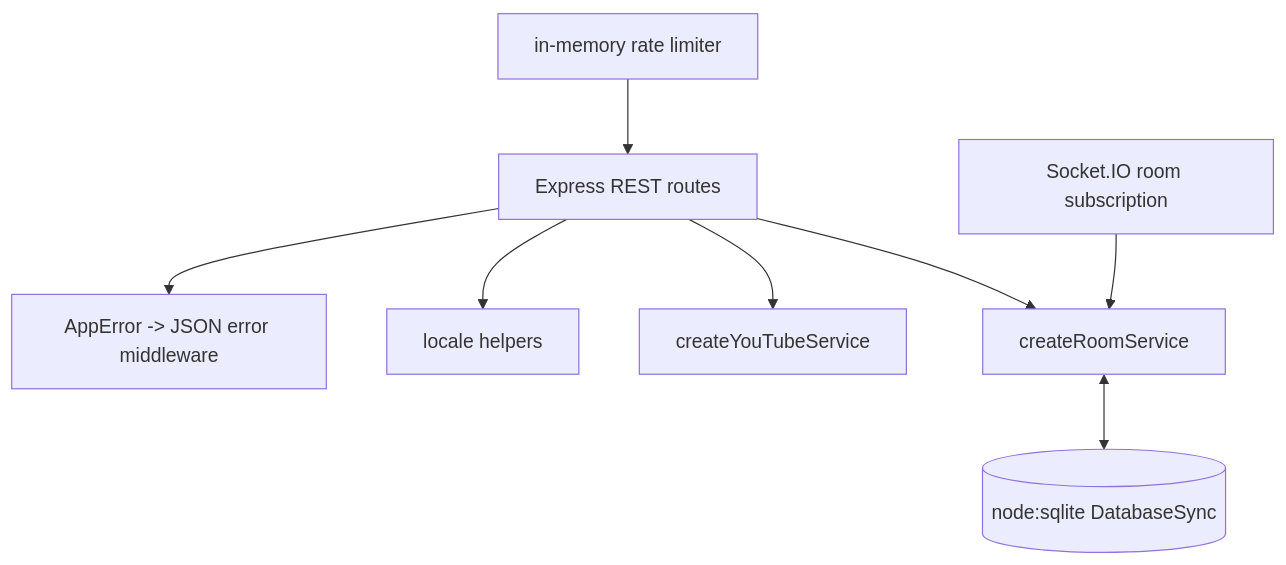
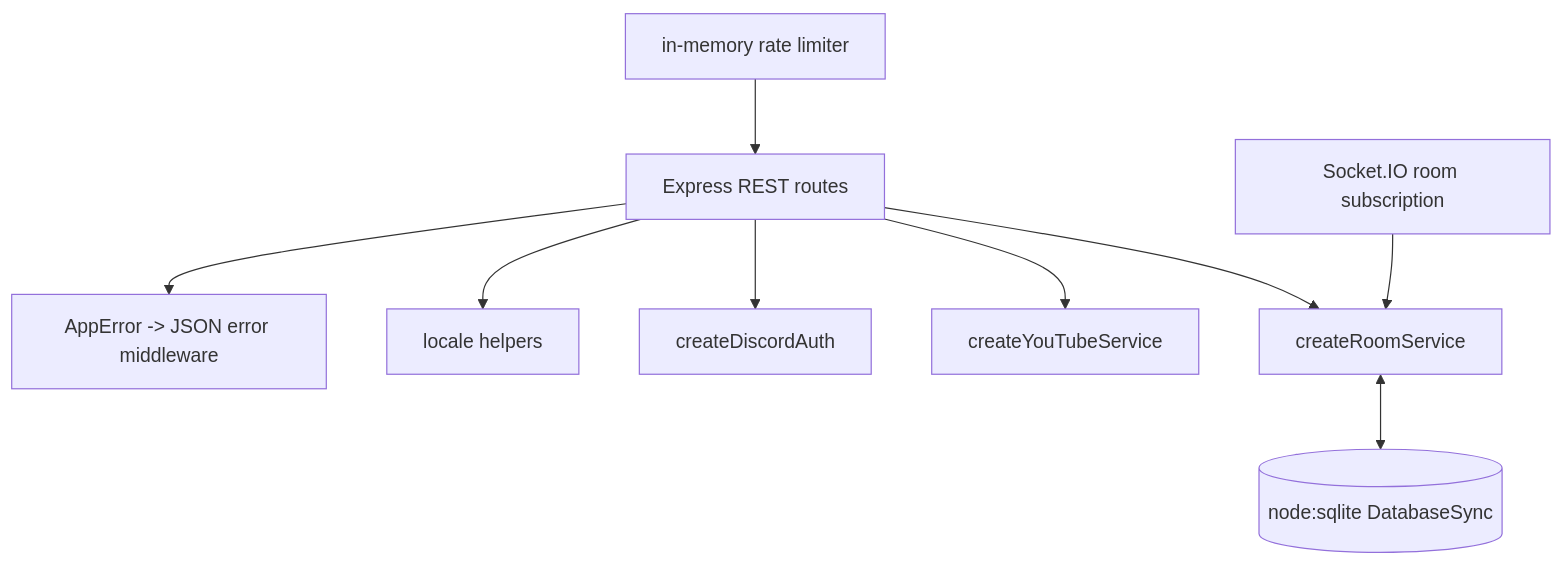
The second of 7 diagrams in docs/ARCHITECTURE.md (whitekw/jukebox), drawn with Mermaid before and after one commit. The commit also changed other lines of this file and 28 other files, not shown here.

````diff
--- a/docs/ARCHITECTURE.md
+++ b/docs/ARCHITECTURE.md
@@ -56,19 +61,21 @@
 ```mermaid
 flowchart TB
     HTTP[Express REST routes]
     WS[Socket.IO room subscription]
     ERR[AppError -> JSON error middleware]
     ROOM[createRoomService]
     YT[createYouTubeService]
+    AUTH[createDiscordAuth]
     LOCALE[locale helpers]
     LIMIT[in-memory rate limiter]
     DB[(node:sqlite DatabaseSync)]
 
     LIMIT --> HTTP
     HTTP --> ROOM
     HTTP --> YT
+    HTTP --> AUTH
     HTTP --> LOCALE
     HTTP --> ERR
     WS --> ROOM
     ROOM <--> DB
 ```
````
